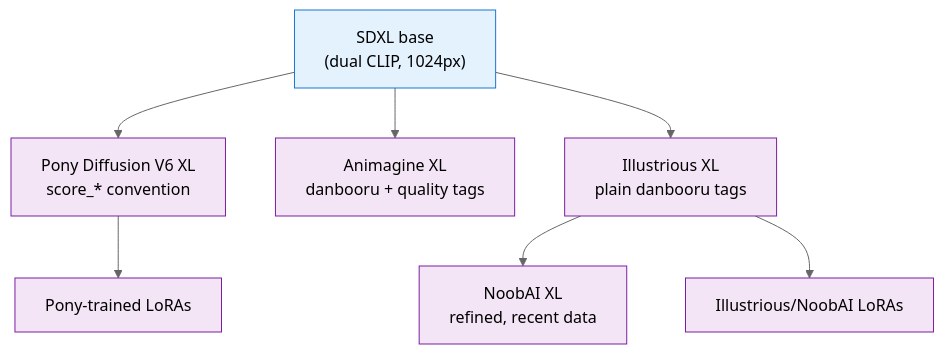
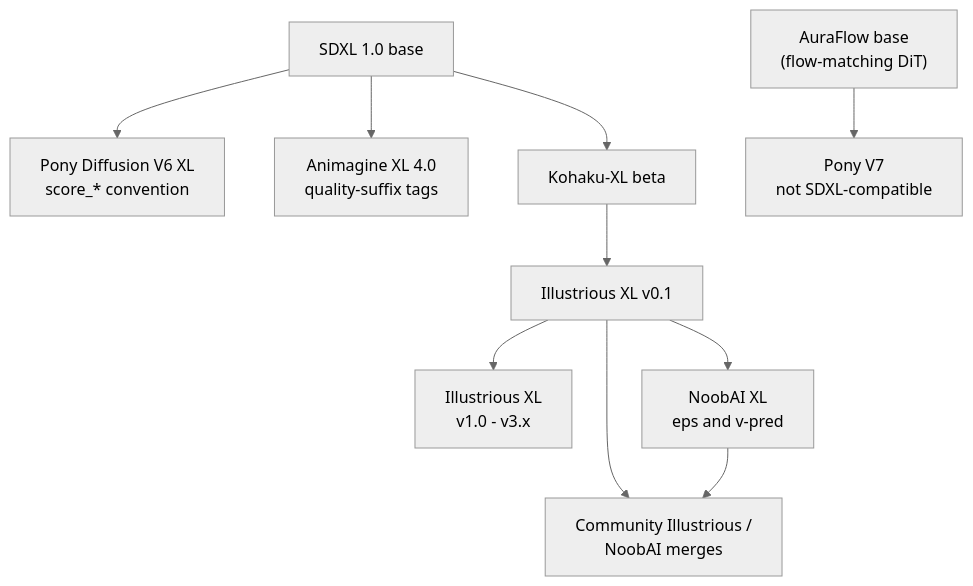
The second of 3 diagrams in github-pages/docs/ai-ml/pony-and-finetunes.md (AndrewAltimit/Documentation), drawn with Mermaid (neutral theme) before and after one commit. The commit also changed other lines of this file and 240 other files, not shown here.

````diff
--- a/github-pages/docs/ai-ml/pony-and-finetunes.md
+++ b/github-pages/docs/ai-ml/pony-and-finetunes.md
@@ -163,13 +185,12 @@
 ```mermaid
 flowchart TD
-    SDXL["SDXL base<br/>(dual CLIP, 1024px)"] --> Pony["Pony Diffusion V6 XL<br/>score_* convention"]
-    SDXL --> Anima["Animagine XL<br/>danbooru + quality tags"]
-    SDXL --> Illu["Illustrious XL<br/>plain danbooru tags"]
-    Illu --> Noob["NoobAI XL<br/>refined, recent data"]
-    Pony --> PonyLoRA["Pony-trained LoRAs"]
-    Illu --> IlluLoRA["Illustrious/NoobAI LoRAs"]
-    classDef base fill:#e3f2fd,stroke:#1976d2;
-    classDef ft fill:#f3e5f5,stroke:#7b1fa2;
-    class SDXL base;
-    class Pony,Anima,Illu,Noob,PonyLoRA,IlluLoRA ft;
+    SDXL["SDXL 1.0 base"] --> Pony6["Pony Diffusion V6 XL<br/>score_* convention"]
+    SDXL --> Anim["Animagine XL 4.0<br/>quality-suffix tags"]
+    SDXL --> Kohaku["Kohaku-XL beta"]
+    Kohaku --> Illu0["Illustrious XL v0.1"]
+    Illu0 --> IlluN["Illustrious XL<br/>v1.0 - v3.x"]
+    Illu0 --> Noob["NoobAI XL<br/>eps and v-pred"]
+    Illu0 --> Merges["Community Illustrious /<br/>NoobAI merges"]
+    Noob --> Merges
+    Aura["AuraFlow base<br/>(flow-matching DiT)"] --> Pony7["Pony V7<br/>not SDXL-compatible"]
 ```
````
